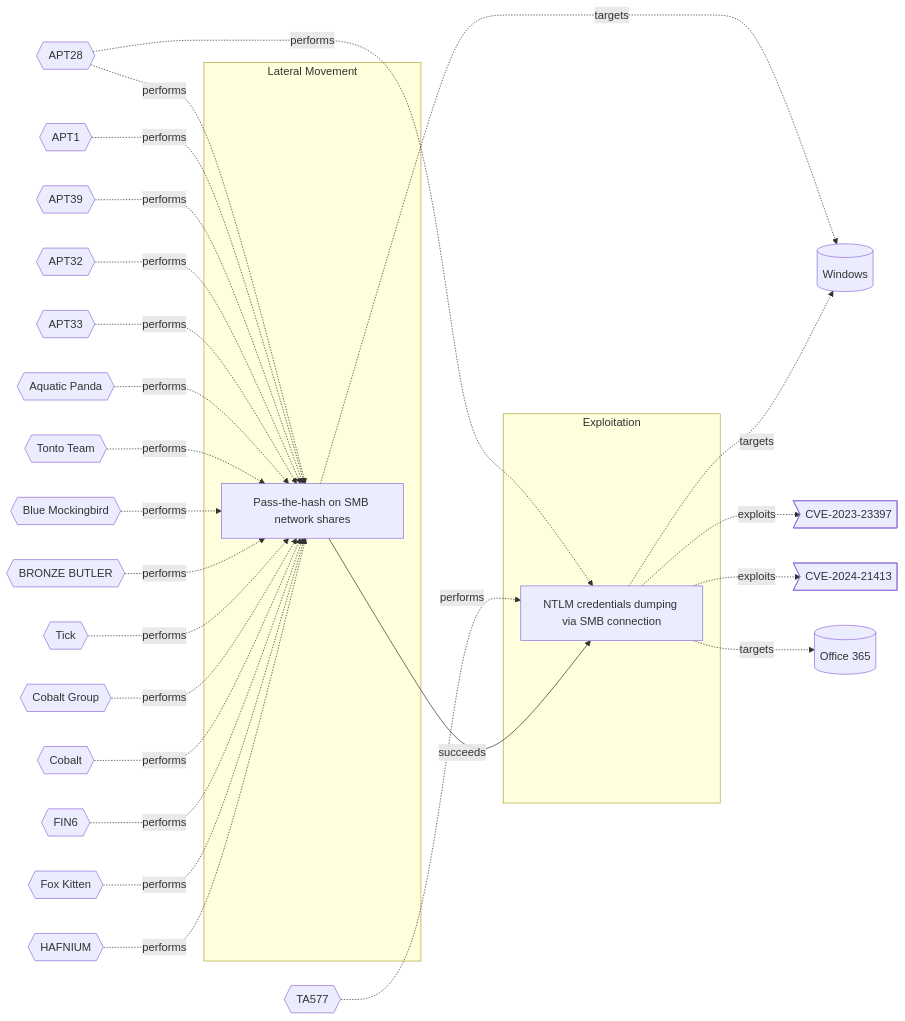
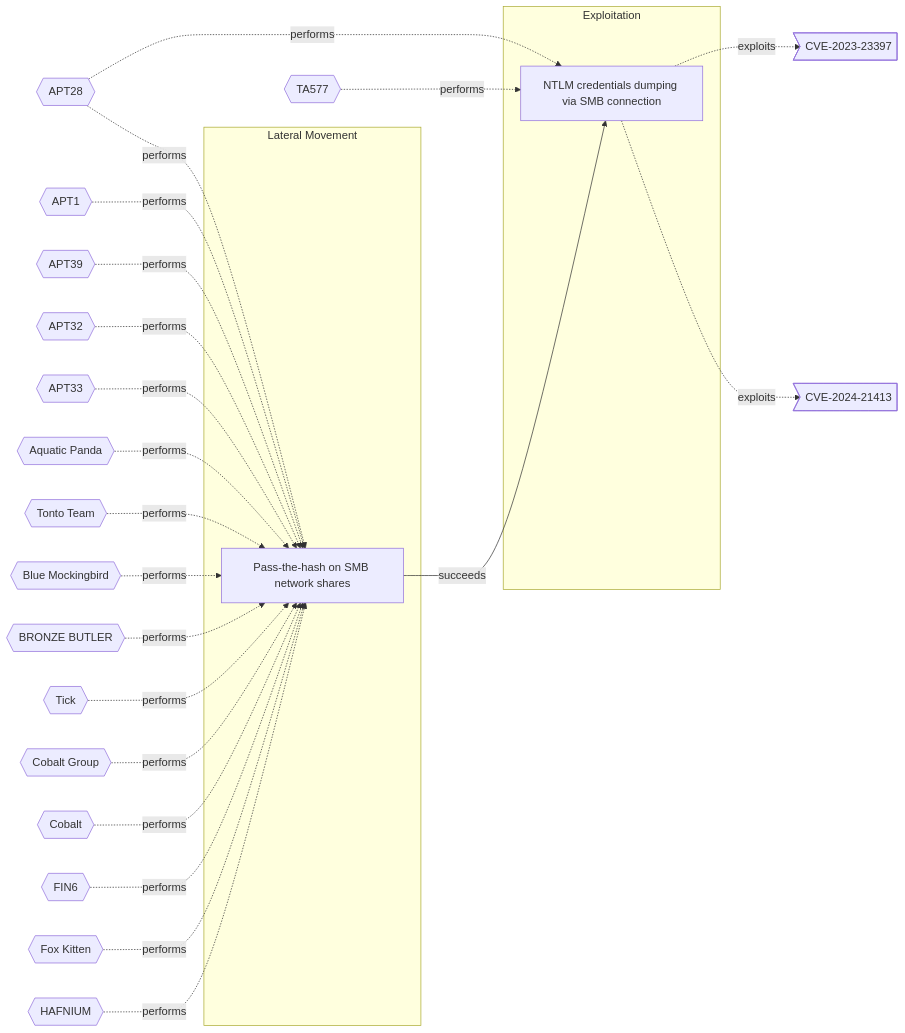
Before and after one commit to OpenTideHQ/WikiTide: the diagram in Models/Threat Vectors/☣️ NTLM credentials dumping via SMB connection.md, drawn with Mermaid. The commit also changed other lines of this file and 232 other files, not shown here.

````diff
--- a/Models/Threat Vectors/☣️ NTLM credentials dumping via SMB connection.md
+++ b/Models/Threat Vectors/☣️ NTLM credentials dumping via SMB connection.md
@@ -111,61 +111,56 @@
 ```mermaid
 
 flowchart LR
 
 5ea50181-1124-49aa-9d2c-c74103e86fd5[Pass-the-hash on SMB network shares]
 02311e3e-b7b8-4369-9e1e-74c0a844ae0f[NTLM credentials dumping via SMB connection]
 
 subgraph Lateral Movement
 5ea50181-1124-49aa-9d2c-c74103e86fd5
 end
 subgraph Exploitation
 02311e3e-b7b8-4369-9e1e-74c0a844ae0f
 end
 
 CVE-2023-23397>CVE-2023-23397]
 CVE-2024-21413>CVE-2024-21413]
-Windows[(Windows)]
-Office365[(Office 365)]
 APT28{{APT28}}
 APT1{{APT1}}
 APT39{{APT39}}
 APT32{{APT32}}
 APT33{{APT33}}
 AquaticPanda{{Aquatic Panda}}
 TontoTeam{{Tonto Team}}
 BlueMockingbird{{Blue Mockingbird}}
 BRONZEBUTLER{{BRONZE BUTLER}}
 Tick{{Tick}}
 CobaltGroup{{Cobalt Group}}
 Cobalt{{Cobalt}}
 FIN6{{FIN6}}
 FoxKitten{{Fox Kitten}}
 HAFNIUM{{HAFNIUM}}
 TA577{{TA577}}
 
 02311e3e-b7b8-4369-9e1e-74c0a844ae0f -.->|exploits| CVE-2023-23397
 02311e3e-b7b8-4369-9e1e-74c0a844ae0f -.->|exploits| CVE-2024-21413
-5ea50181-1124-49aa-9d2c-c74103e86fd5 -.->|targets| Windows
-02311e3e-b7b8-4369-9e1e-74c0a844ae0f -.->|targets| Windows
-02311e3e-b7b8-4369-9e1e-74c0a844ae0f -.->|targets| Office365
 APT28 -.-> |performs| 5ea50181-1124-49aa-9d2c-c74103e86fd5
 APT1 -.-> |performs| 5ea50181-1124-49aa-9d2c-c74103e86fd5
 APT39 -.-> |performs| 5ea50181-1124-49aa-9d2c-c74103e86fd5
 APT32 -.-> |performs| 5ea50181-1124-49aa-9d2c-c74103e86fd5
 APT33 -.-> |performs| 5ea50181-1124-49aa-9d2c-c74103e86fd5
 AquaticPanda -.-> |performs| 5ea50181-1124-49aa-9d2c-c74103e86fd5
 TontoTeam -.-> |performs| 5ea50181-1124-49aa-9d2c-c74103e86fd5
 BlueMockingbird -.-> |performs| 5ea50181-1124-49aa-9d2c-c74103e86fd5
 BRONZEBUTLER -.-> |performs| 5ea50181-1124-49aa-9d2c-c74103e86fd5
 Tick -.-> |performs| 5ea50181-1124-49aa-9d2c-c74103e86fd5
 CobaltGroup -.-> |performs| 5ea50181-1124-49aa-9d2c-c74103e86fd5
 Cobalt -.-> |performs| 5ea50181-1124-49aa-9d2c-c74103e86fd5
 FIN6 -.-> |performs| 5ea50181-1124-49aa-9d2c-c74103e86fd5
 FoxKitten -.-> |performs| 5ea50181-1124-49aa-9d2c-c74103e86fd5
 HAFNIUM -.-> |performs| 5ea50181-1124-49aa-9d2c-c74103e86fd5
 APT28 -.-> |performs| 02311e3e-b7b8-4369-9e1e-74c0a844ae0f
 TA577 -.-> |performs| 02311e3e-b7b8-4369-9e1e-74c0a844ae0f
 
 5ea50181-1124-49aa-9d2c-c74103e86fd5 -->|succeeds| 02311e3e-b7b8-4369-9e1e-74c0a844ae0f
 
 ```
````
